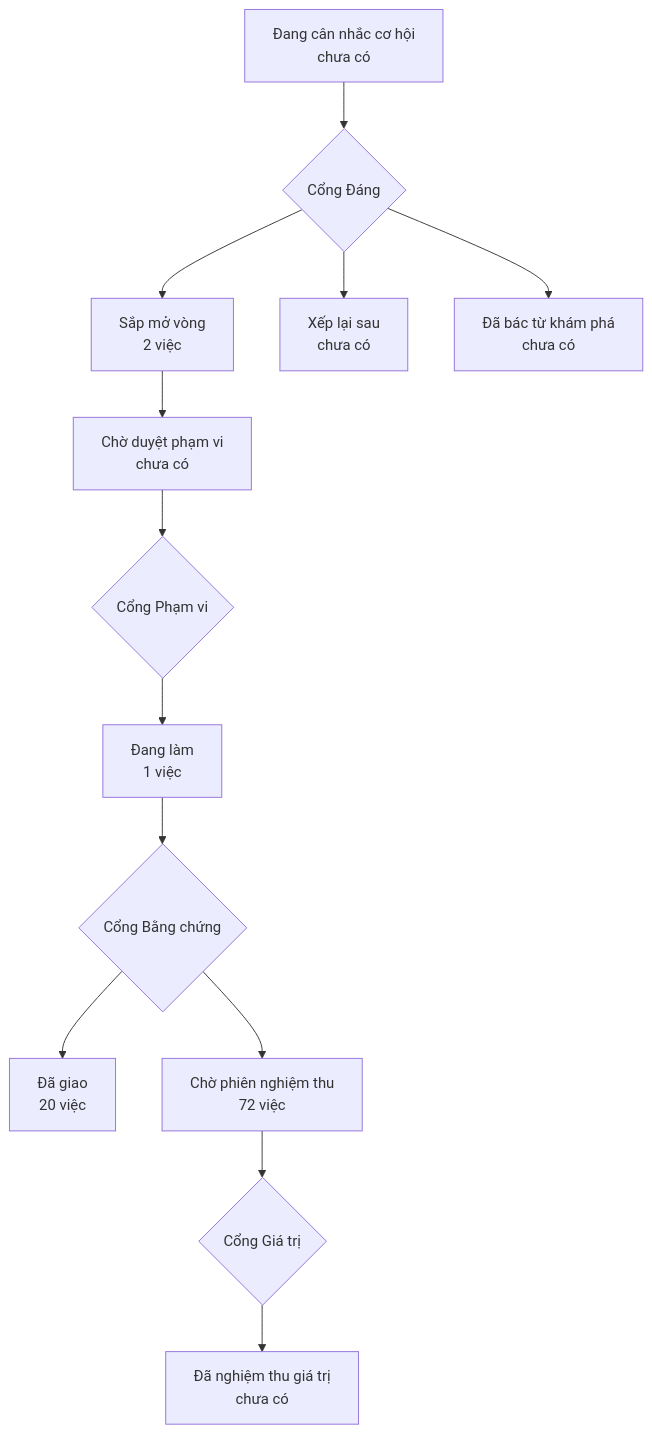
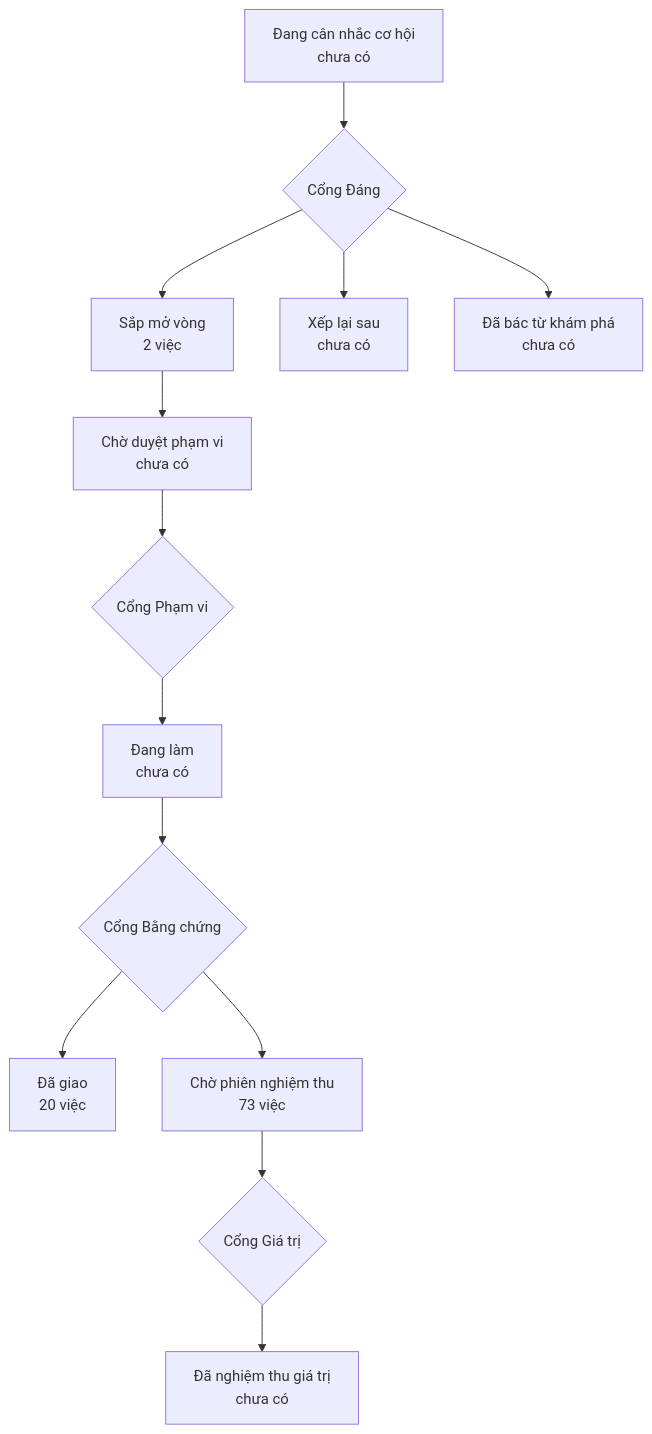
One commit to phanlemanh/onehub-quy-hang changed the diagram in PRODUCT-MAP.md. Above: the diagram before and after it, drawn with Mermaid. The commit also changed other lines of this file and 4 other files, not shown here.

````diff
--- a/PRODUCT-MAP.md
+++ b/PRODUCT-MAP.md
@@ -7,12 +7,12 @@
 ```mermaid
 flowchart TD
   A["Đang cân nhắc cơ hội<br/>chưa có"] --> GD{"Cổng Đáng"}
   GD --> B["Sắp mở vòng<br/>2 việc"]
   GD --> XL["Xếp lại sau<br/>chưa có"]
   GD --> DB["Đã bác từ khám phá<br/>chưa có"]
   B --> CD["Chờ duyệt phạm vi<br/>chưa có"] --> GP{"Cổng Phạm vi"}
-  GP --> DL["Đang làm<br/>1 việc"] --> GB{"Cổng Bằng chứng"}
+  GP --> DL["Đang làm<br/>chưa có"] --> GB{"Cổng Bằng chứng"}
   GB --> DG["Đã giao<br/>20 việc"]
-  GB --> CN["Chờ phiên nghiệm thu<br/>72 việc"] --> GG{"Cổng Giá trị"}
+  GB --> CN["Chờ phiên nghiệm thu<br/>73 việc"] --> GG{"Cổng Giá trị"}
   GG --> NT["Đã nghiệm thu giá trị<br/>chưa có"]
 ```
````
